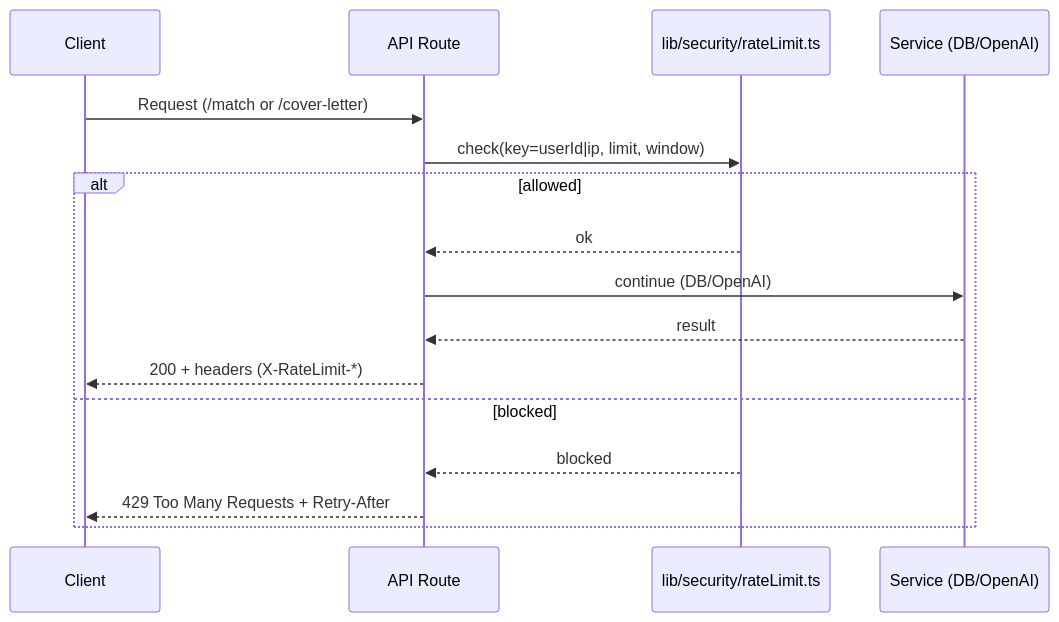
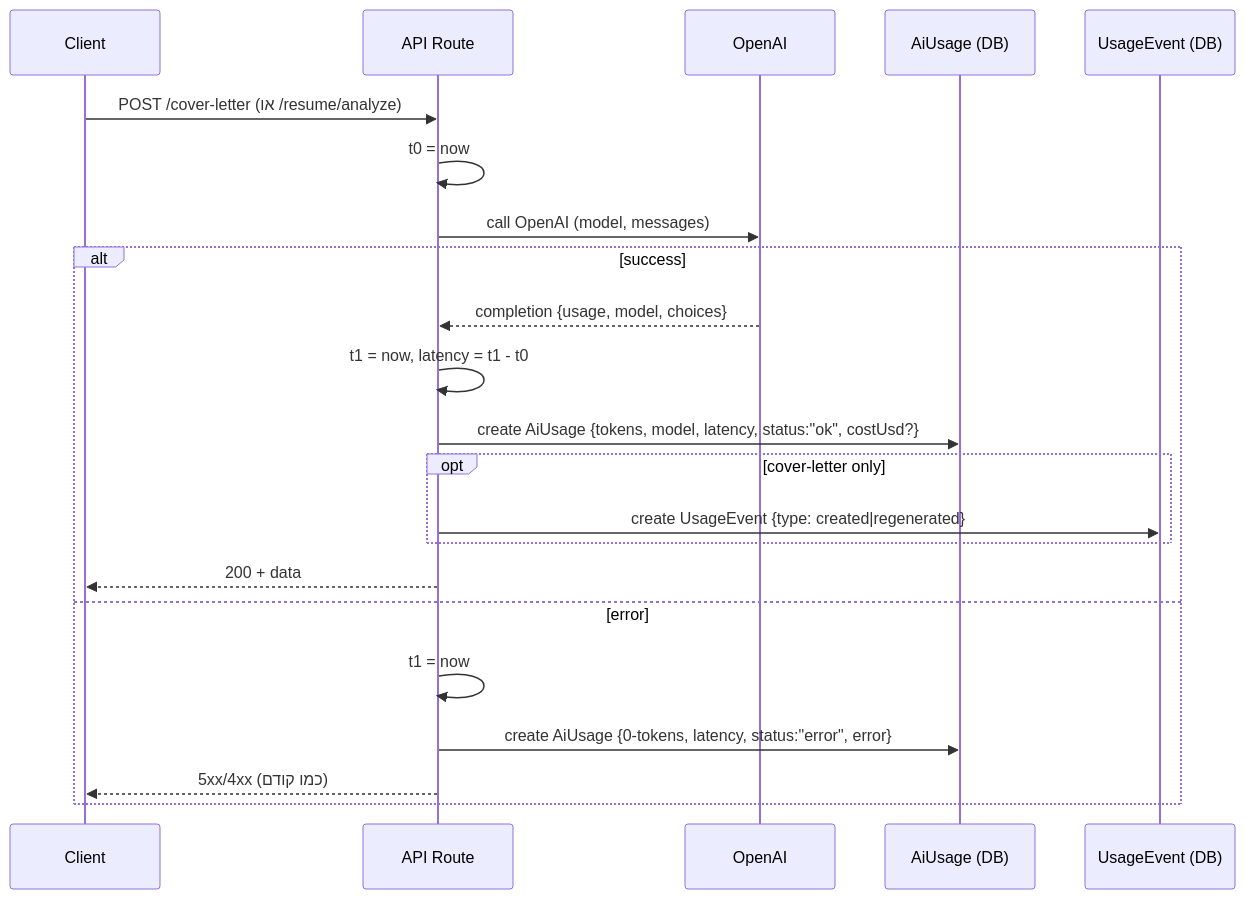
The first of 2 diagrams in README.md (itayshabtay452/job-ai-app), drawn with Mermaid before and after one commit. The commit also changed other lines of this file, not shown here.

````diff
--- a/README.md
+++ b/README.md
@@ -44,19 +43,25 @@
 ```mermaid
 sequenceDiagram
   participant C as Client
   participant API as API Route
-  participant RL as lib/security/rateLimit.ts
-  participant S as Service (DB/OpenAI)
+  participant O as OpenAI
+  participant U as AiUsage (DB)
+  participant E as UsageEvent (DB)
 
-  C->>API: Request (/match or /cover-letter)
-  API->>RL: check(key=userId|ip, limit, window)
-  alt allowed
-    RL-->>API: ok
-    API->>S: continue (DB/OpenAI)
-    S-->>API: result
-    API-->>C: 200 + headers (X-RateLimit-*)
-  else blocked
-    RL-->>API: blocked
-    API-->>C: 429 Too Many Requests + Retry-After
+  C->>API: POST /cover-letter (או /resume/analyze)
+  API->>API: t0 = now
+  API->>O: call OpenAI (model, messages)
+  alt success
+    O-->>API: completion {usage, model, choices}
+    API->>API: t1 = now, latency = t1 - t0
+    API->>U: create AiUsage {tokens, model, latency, status:"ok", costUsd?}
+    opt cover-letter only
+      API->>E: create UsageEvent {type: created|regenerated}
+    end
+    API-->>C: 200 + data
+  else error
+    API->>API: t1 = now
+    API->>U: create AiUsage {0-tokens, latency, status:"error", error}
+    API-->>C: 5xx/4xx (כמו קודם)
   end
 ```
````
